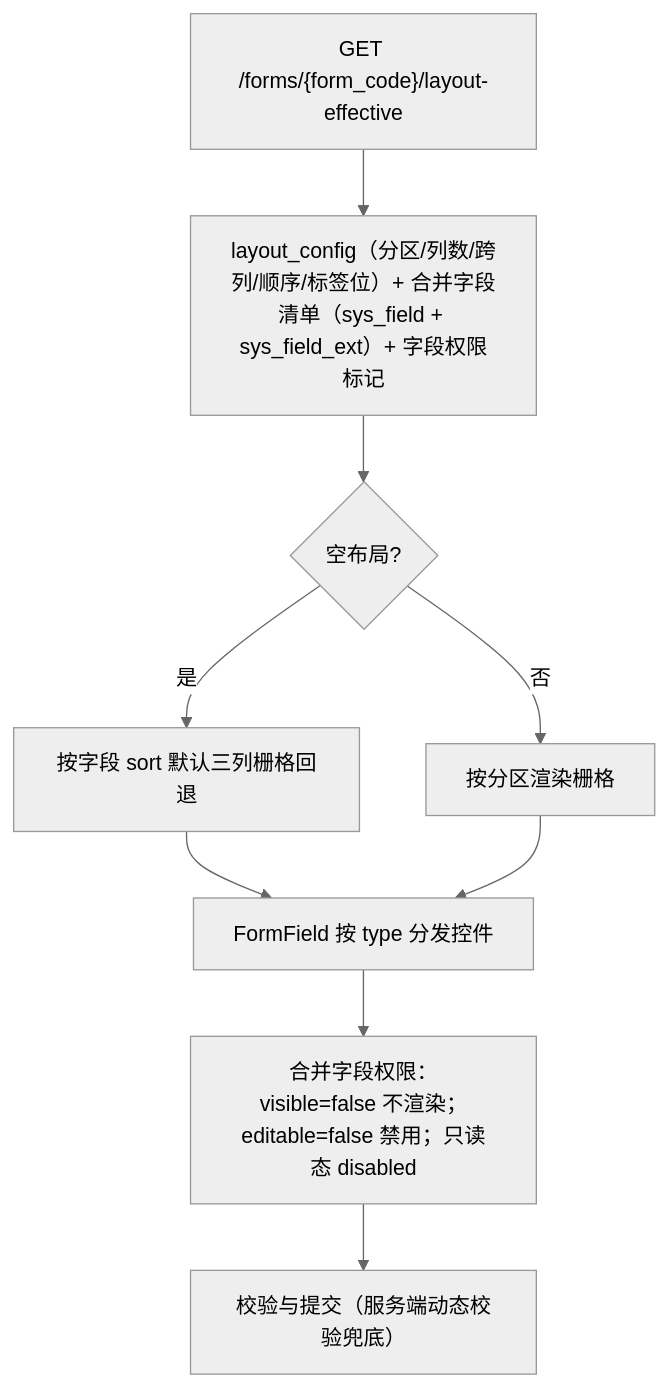
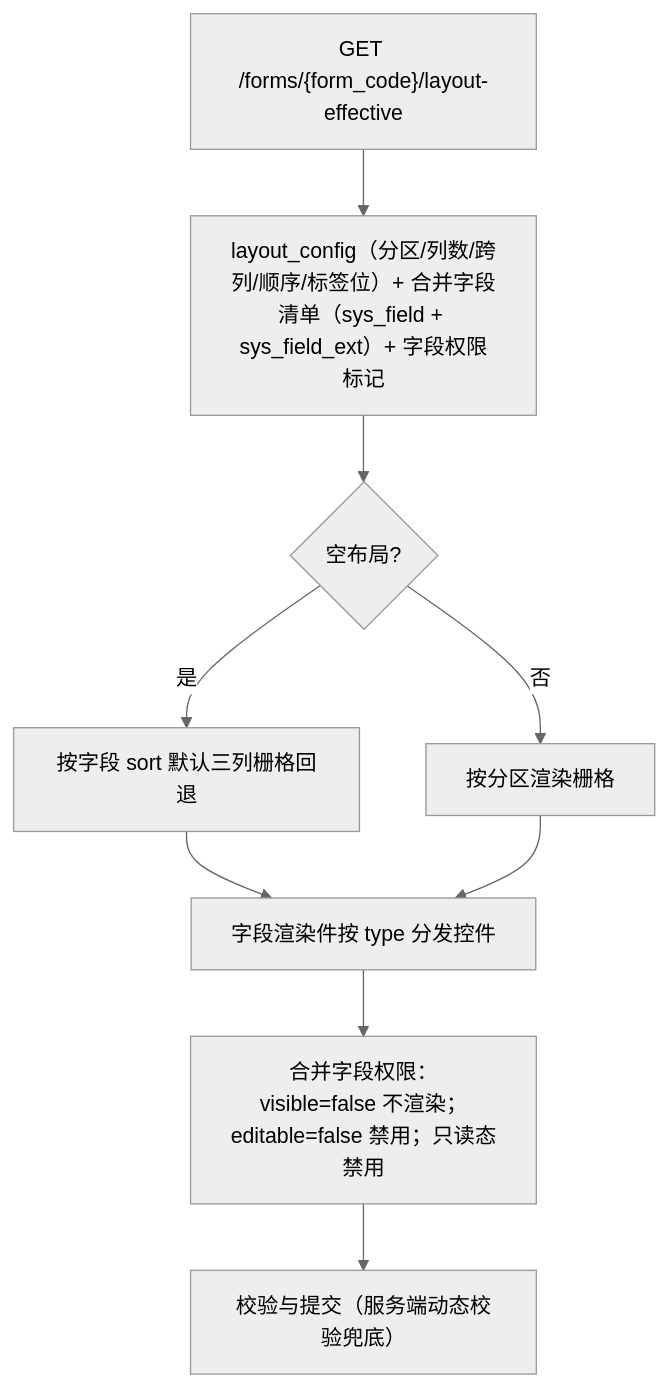
The diagram in bms文档/设计/组件设计/08_交互类/12_组件设计_表单渲染器/12_组件设计_表单渲染器.md (minjian123/basic-management-system), drawn with Mermaid (neutral theme) before and after one commit. The commit also changed other lines of this file and 238 other files, not shown here.

````diff
--- a/bms文档/设计/组件设计/08_交互类/12_组件设计_表单渲染器/12_组件设计_表单渲染器.md
+++ b/bms文档/设计/组件设计/08_交互类/12_组件设计_表单渲染器/12_组件设计_表单渲染器.md
@@ -31,11 +30,11 @@
 ```mermaid
 flowchart TD
     A["GET /forms/{form_code}/layout-effective"] --> B["layout_config（分区/列数/跨列/顺序/标签位）+ 合并字段清单（sys_field + sys_field_ext）+ 字段权限标记"]
     B --> C{"空布局?"}
     C -->|"是"| D["按字段 sort 默认三列栅格回退"]
     C -->|"否"| E["按分区渲染栅格"]
-    D --> F["FormField 按 type 分发控件"]
+    D --> F["字段渲染件按 type 分发控件"]
     E --> F
-    F --> G["合并字段权限：visible=false 不渲染；editable=false 禁用；只读态 disabled"]
+    F --> G["合并字段权限：visible=false 不渲染；editable=false 禁用；只读态禁用"]
     G --> H["校验与提交（服务端动态校验兜底）"]
 ```
````
